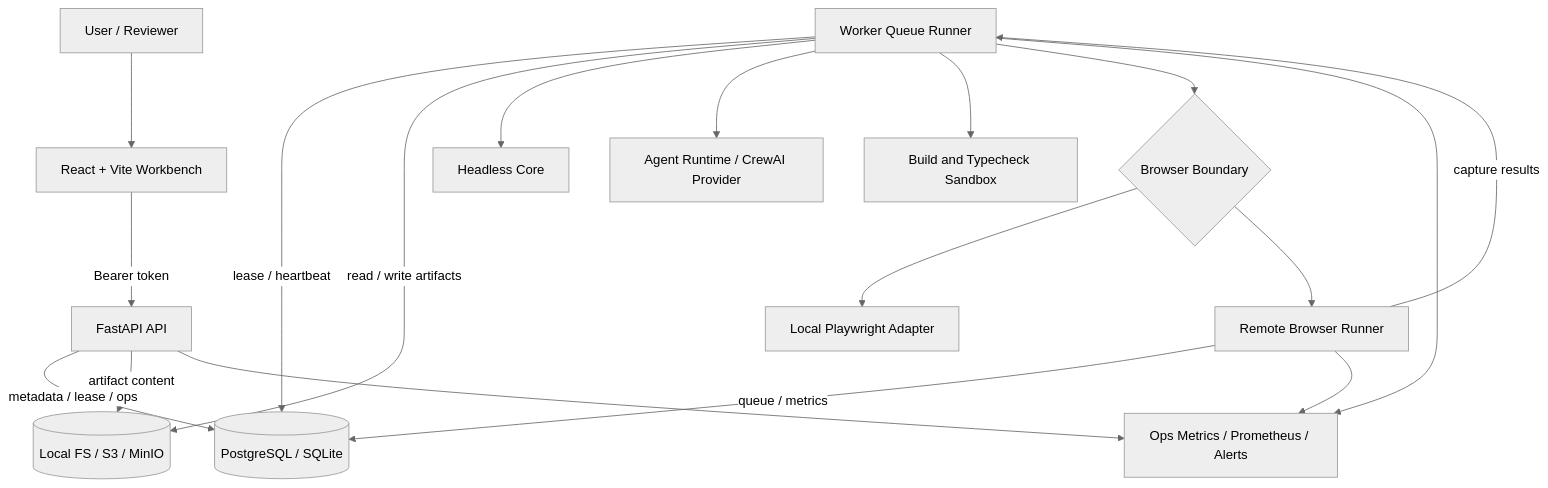
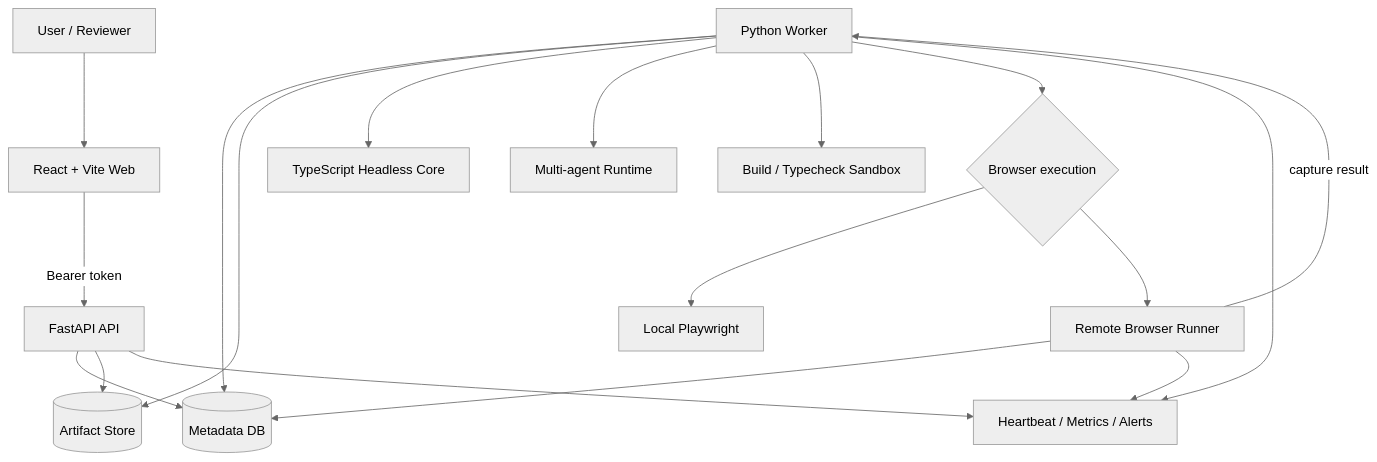
Before and after one commit to Leshm0321/ai-jsunpack: the first of 5 diagrams in docs/architecture.md, drawn with Mermaid (neutral theme). The commit also changed other lines of this file and 9 other files, not shown here.

````diff
--- a/docs/architecture.md
+++ b/docs/architecture.md
@@ -7,22 +7,22 @@
 ```mermaid
 graph TD
-  User[User / Reviewer] --> Web[React + Vite Workbench]
+  User[User / Reviewer] --> Web[React + Vite Web]
   Web -->|Bearer token| API[FastAPI API]
-  API -->|metadata / lease / ops| DB[(PostgreSQL / SQLite)]
-  API -->|artifact content| Store[(Local FS / S3 / MinIO)]
+  API --> DB[(Metadata DB)]
+  API --> Store[(Artifact Store)]
 
-  Worker[Worker Queue Runner] -->|lease / heartbeat| DB
-  Worker -->|read / write artifacts| Store
-  Worker --> Core[Headless Core]
-  Worker --> Agent[Agent Runtime / CrewAI Provider]
-  Worker --> Sandbox[Build and Typecheck Sandbox]
-  Worker --> BrowserBoundary{Browser Boundary}
-  BrowserBoundary --> LocalPlaywright[Local Playwright Adapter]
+  Worker[Python Worker] --> DB
+  Worker --> Store
+  Worker --> Core[TypeScript Headless Core]
+  Worker --> Agents[Multi-agent Runtime]
+  Worker --> Sandbox[Build / Typecheck Sandbox]
+  Worker --> BrowserBoundary{Browser execution}
+  BrowserBoundary --> LocalBrowser[Local Playwright]
   BrowserBoundary --> BrowserRunner[Remote Browser Runner]
 
-  BrowserRunner -->|queue / metrics| DB
-  BrowserRunner -->|capture results| Worker
-  API --> Ops[Ops Metrics / Prometheus / Alerts]
+  BrowserRunner --> DB
+  BrowserRunner -->|capture result| Worker
+  API --> Ops[Heartbeat / Metrics / Alerts]
   Worker --> Ops
   BrowserRunner --> Ops
 ```
````
